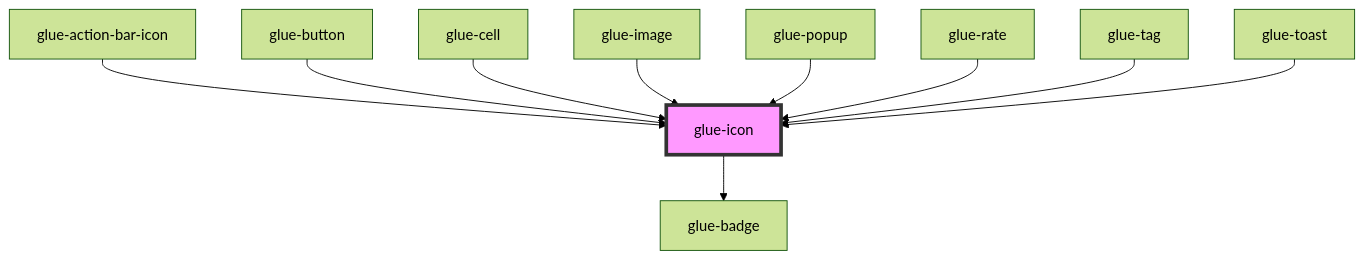
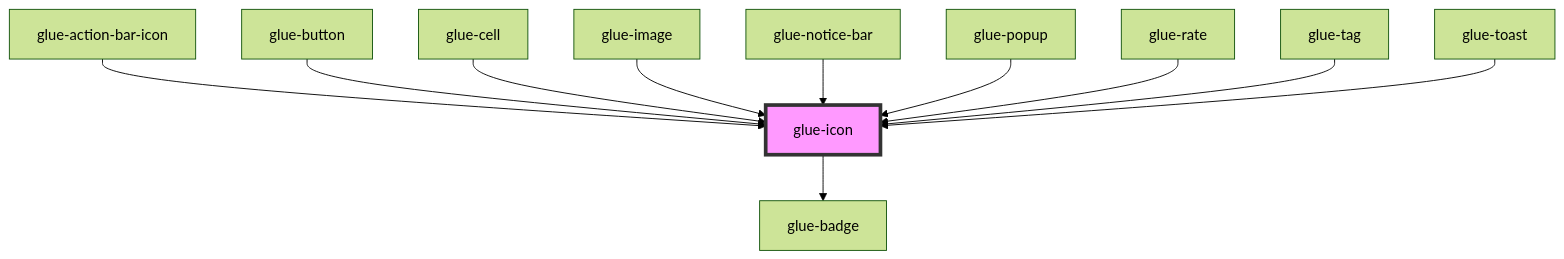
Before and after one commit to grasilife/glue: the diagram in packages/glue-components/src/components/glue-icon/readme.md, drawn with Mermaid (forest theme). The commit also changed other lines of this file and 10 other files, not shown here.

````diff
--- a/packages/glue-components/src/components/glue-icon/readme.md
+++ b/packages/glue-components/src/components/glue-icon/readme.md
@@ -39,13 +40,14 @@
 ```mermaid
 graph TD;
   glue-icon --> glue-badge
   glue-action-bar-icon --> glue-icon
   glue-button --> glue-icon
   glue-cell --> glue-icon
   glue-image --> glue-icon
+  glue-notice-bar --> glue-icon
   glue-popup --> glue-icon
   glue-rate --> glue-icon
   glue-tag --> glue-icon
   glue-toast --> glue-icon
   style glue-icon fill:#f9f,stroke:#333,stroke-width:4px
 ```
````
